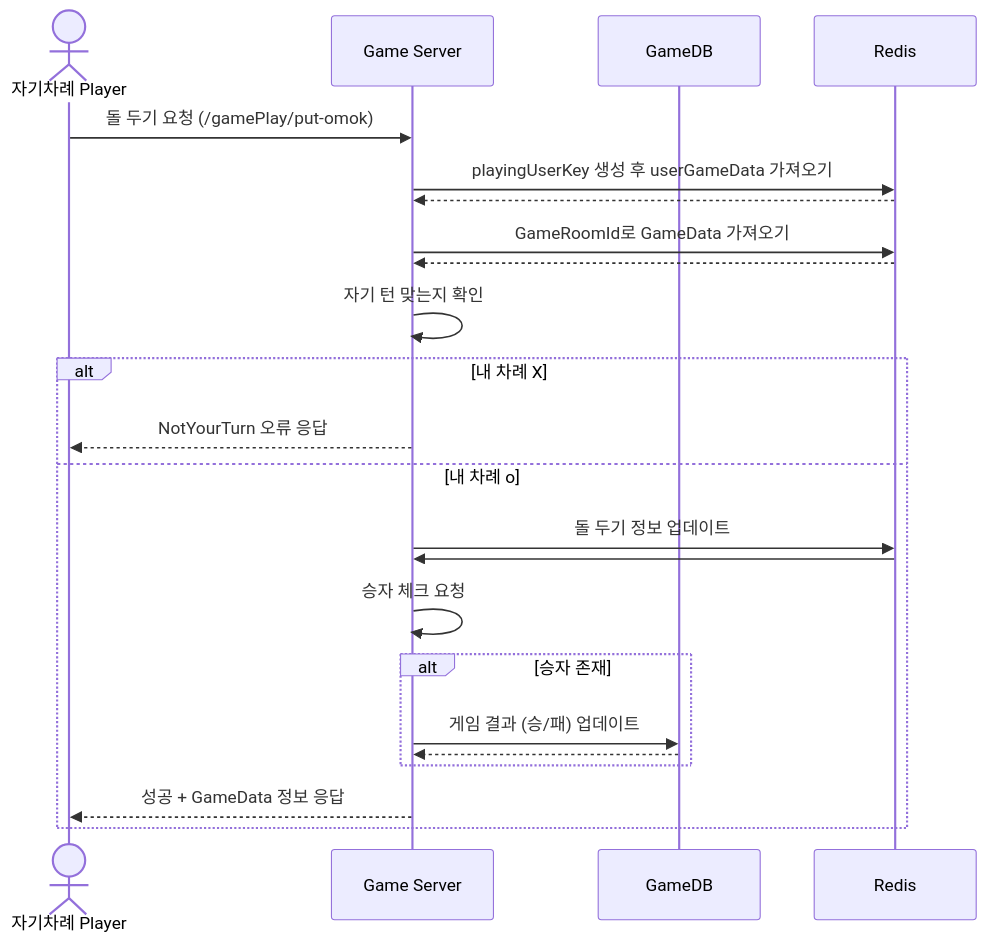
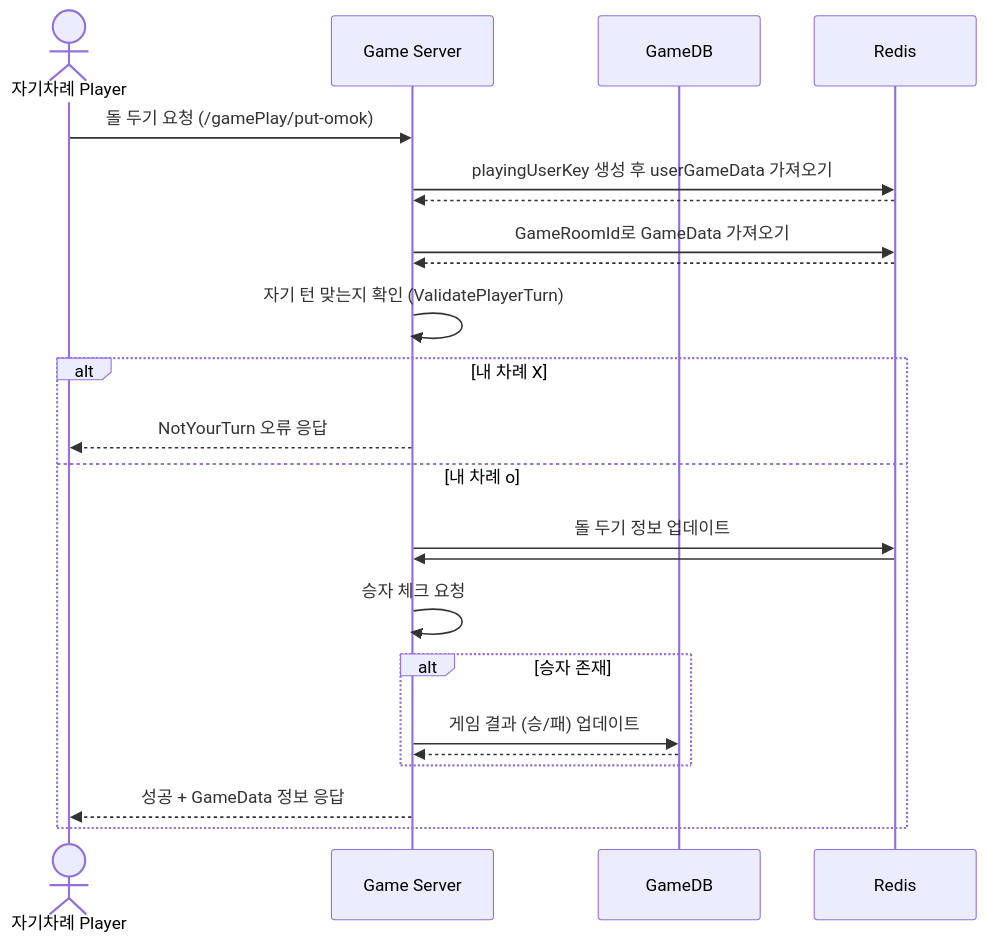
The second of 4 diagrams in SequenceDiagram/GamePlay.md (yujinS0/Omok-Game), drawn with Mermaid before and after one commit.

````diff
--- a/SequenceDiagram/GamePlay.md
+++ b/SequenceDiagram/GamePlay.md
@@ -36,29 +36,29 @@
 ```mermaid
 sequenceDiagram
 	actor P as 자기차례 Player
 	participant G as Game Server
 	participant GD as GameDB
   	participant R as Redis
 
 	P ->> G: 돌 두기 요청 (/gamePlay/put-omok)
 	G ->> R : playingUserKey 생성 후 userGameData 가져오기
 	R -->> G :  
   	G ->> R : GameRoomId로 GameData 가져오기
   	R -->> G: 
 
-	G ->> G : 자기 턴 맞는지 확인
+	G ->> G : 자기 턴 맞는지 확인 (ValidatePlayerTurn)
 	alt 내 차례 X
 		G-->>P: NotYourTurn 오류 응답
 	else 내 차례 o
 		G ->> R : 돌 두기 정보 업데이트
 		R ->> G :  
 	
 		G ->> G : 승자 체크 요청
 		alt 승자 존재
 		  G ->> GD : 게임 결과 (승/패) 업데이트
 		  GD -->> G :   
 		end
 	
 	  	G -->> P : 성공 + GameData 정보 응답
 	end
 ```
````
